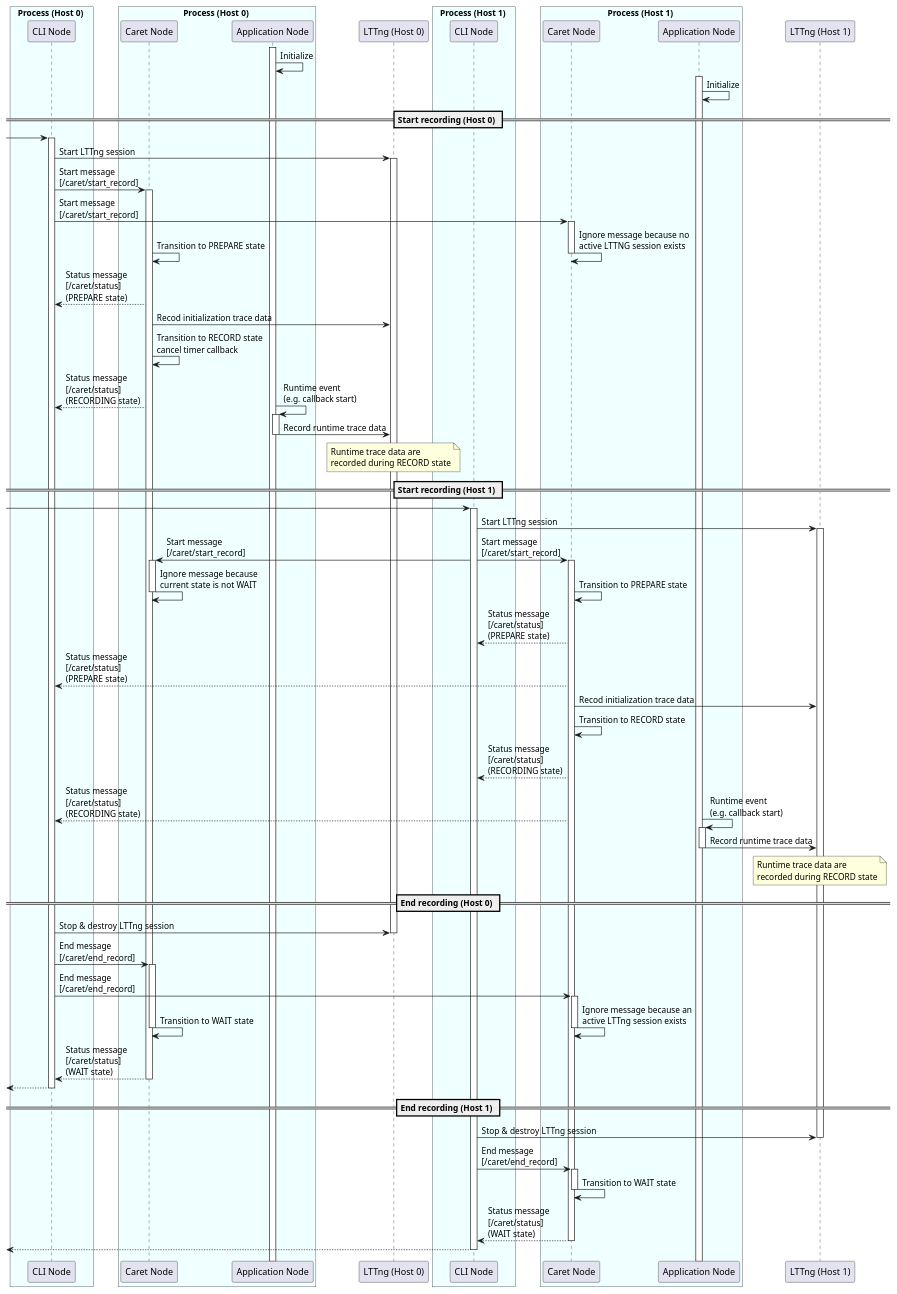
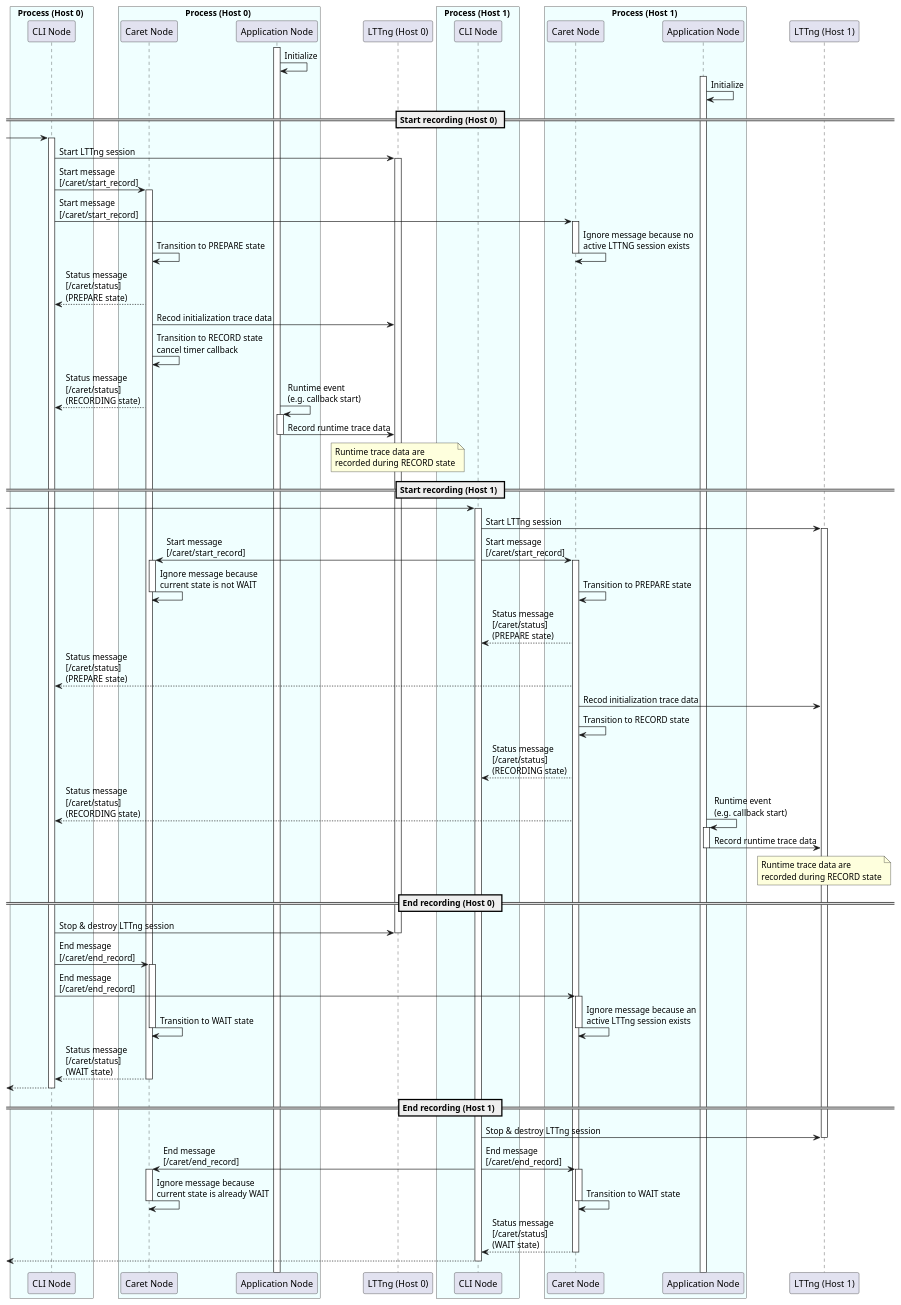
The seventh of 7 diagrams in docs/design/runtime_processing/runtime_recording.md (tier4/caret_doc), drawn with PlantUML before and after one commit. The commit also changed other lines of this file, not shown here.

```diff
--- a/docs/design/runtime_processing/runtime_recording.md
+++ b/docs/design/runtime_processing/runtime_recording.md
@@ -599,8 +599,12 @@
 deactivate LTTNG_1
 CLI_1 -> CARET_1 : End message \n[/caret/end_record]
 activate CARET_1
+&CLI_1 -> CARET_0 : End message \n[/caret/end_record]
+activate CARET_0
 CARET_1 -> CARET_1 : Transition to WAIT state
 deactivate CARET_1
+&CARET_0 -> CARET_0 : Ignore message because \ncurrent state is already WAIT
+deactivate CARET_0
 CARET_1 --> CLI_1 : Status message \n[/caret/status] \n(WAIT state)
 deactivate CARET_1
 <-- CLI_1
```
